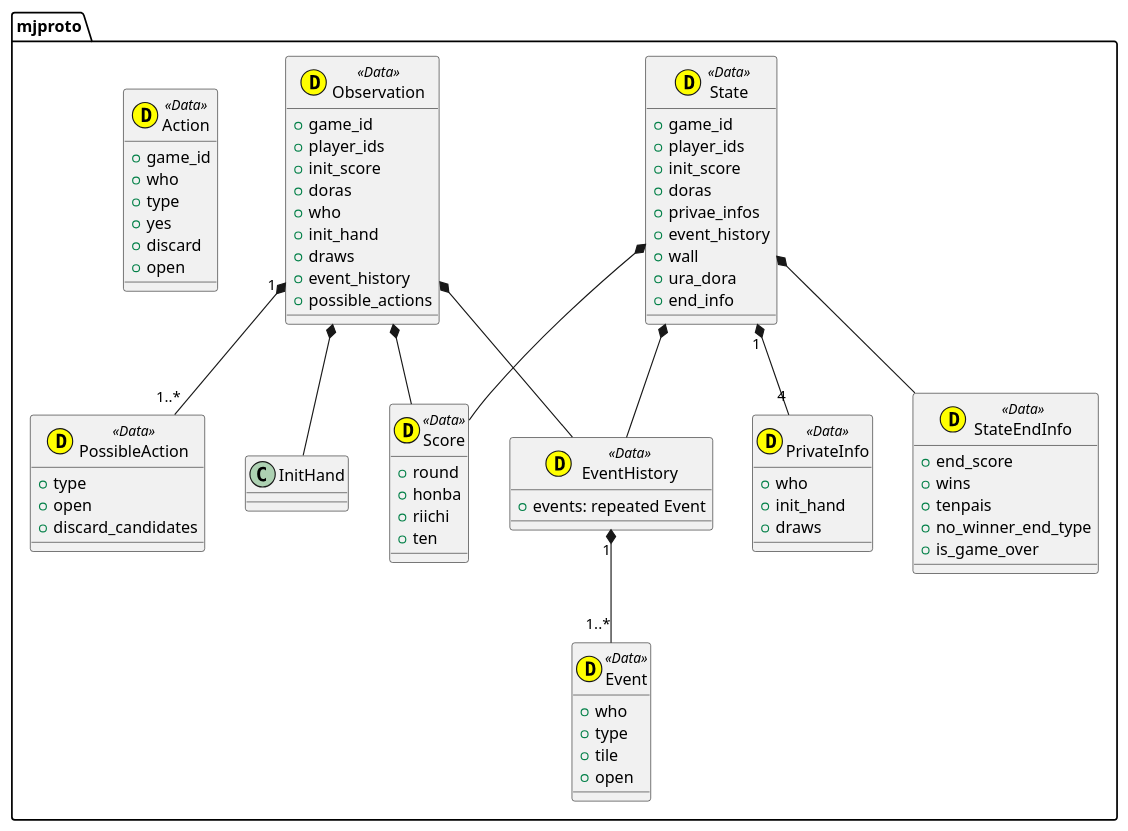
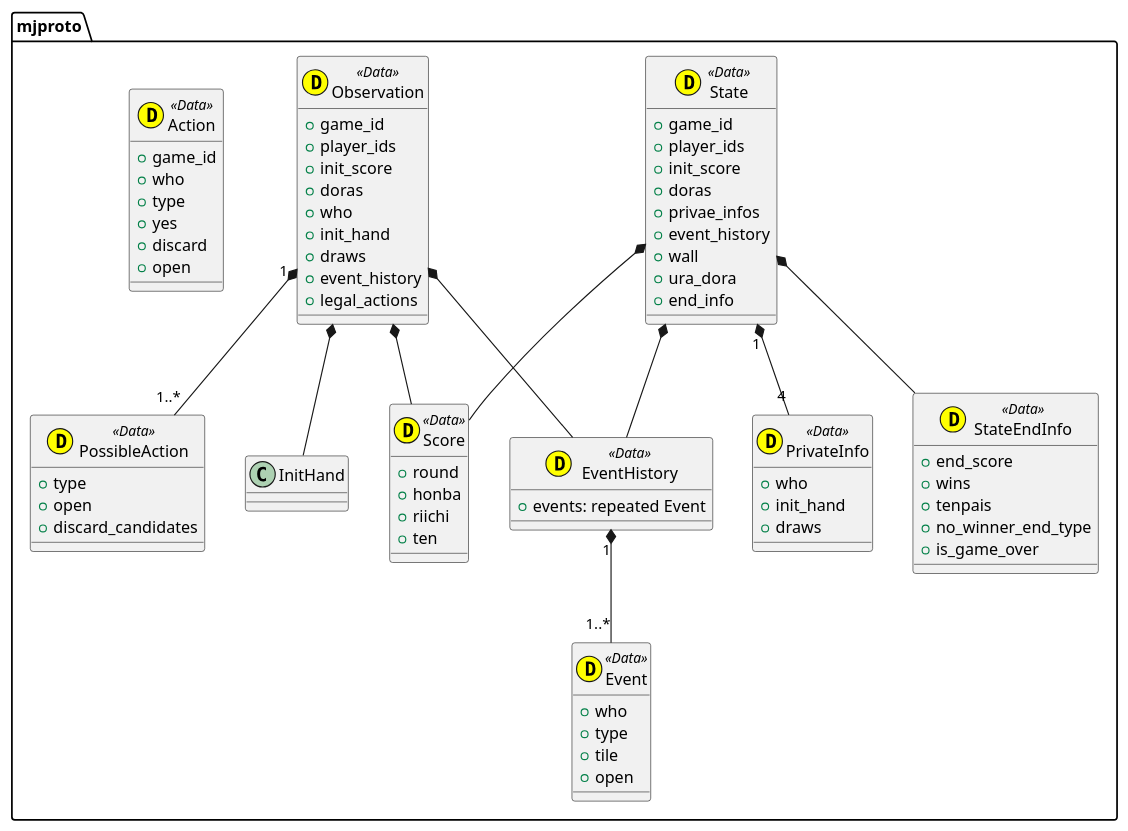
The diagram in plantuml/mjproto.pu (mjx-project/mjx), drawn with PlantUML before and after one commit. The commit also changed 10 other files, not shown here.

Commit message:
s/possible_action/legal_action/g

```diff
--- a/plantuml/mjproto.pu
+++ b/plantuml/mjproto.pu
@@ -1,88 +1,88 @@
 @startuml
 
 set namespaceSeparator ::
 
 class mjproto::Score <<(D,yellow) Data>> {
   + round
   + honba 
   + riichi 
   + ten 
 }
 
 class mjproto::Event <<(D,yellow) Data>> {
   + who
   + type 
   + tile
   + open
 }
 
 class mjproto::EventHistory <<(D,yellow) Data>> {
   + events: repeated Event
 }
 
 class mjproto::PrivateInfo <<(D,yellow) Data>> {
   + who
   + init_hand
   + draws
 }
 
 class mjproto::PossibleAction <<(D,yellow) Data>> {
   + type
   + open 
   + discard_candidates
 }
 
 class mjproto::State <<(D,yellow) Data>> {
   + game_id
   + player_ids
   + init_score
   + doras
   + privae_infos
   + event_history
   + wall
   + ura_dora
   + end_info
 } 
 
 class mjproto::StateEndInfo <<(D,yellow) Data>> {
   + end_score
   + wins
   + tenpais 
   + no_winner_end_type
   + is_game_over
 }
 
 class mjproto::Observation <<(D,yellow) Data>> {
   + game_id
   + player_ids
   + init_score
   + doras
   + who
   + init_hand
   + draws
   + event_history
-  + possible_actions
+  + legal_actions
 }
 
 class mjproto::Action <<(D,yellow) Data>> { 
   + game_id 
   + who
   + type
   + yes
   + discard
   + open
 }
 
 mjproto::Observation *-- mjproto::Score
 mjproto::Observation *-- mjproto::EventHistory
 mjproto::Observation *-- mjproto::InitHand
 mjproto::Observation "1" *-- "1..*" mjproto::PossibleAction
 
 mjproto::State *-- mjproto::Score
 mjproto::State *-- mjproto::EventHistory
 mjproto::State "1" *-- "4" mjproto::PrivateInfo
 mjproto::State *-- mjproto::StateEndInfo
 
 mjproto::EventHistory "1" *-- "1..*" mjproto::Event
 
 @enduml
```
